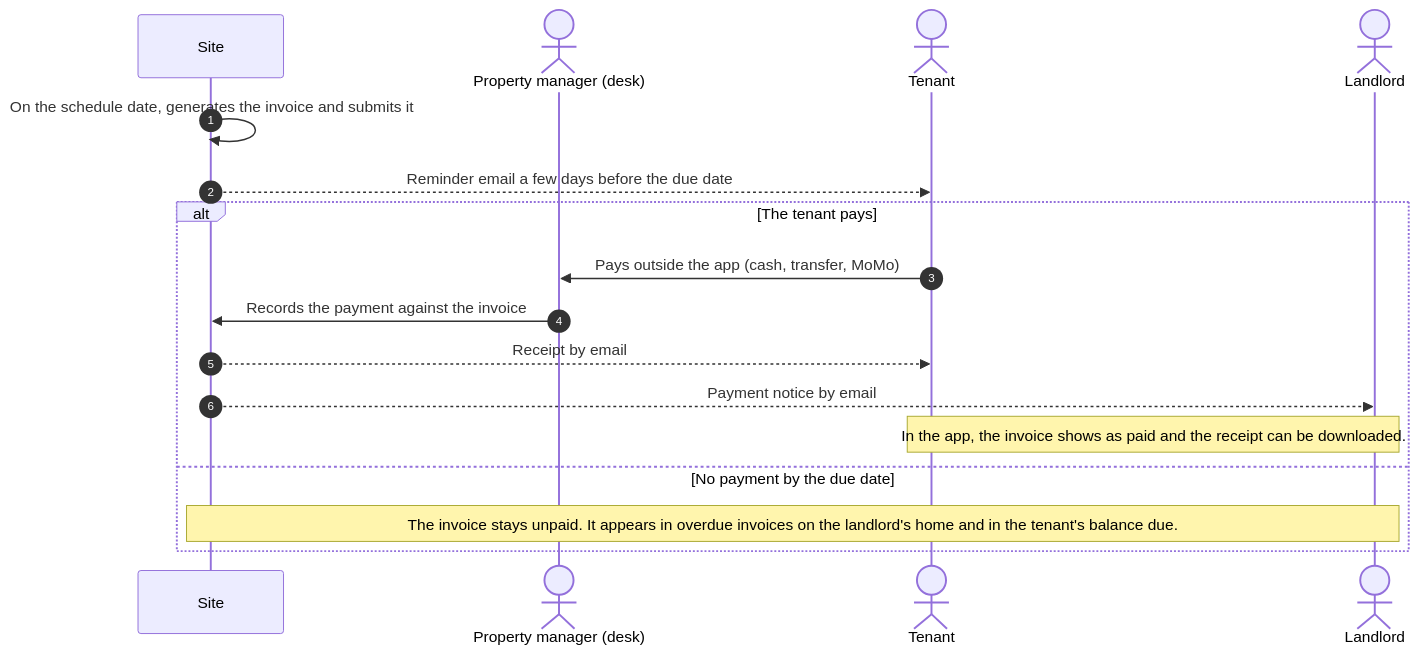
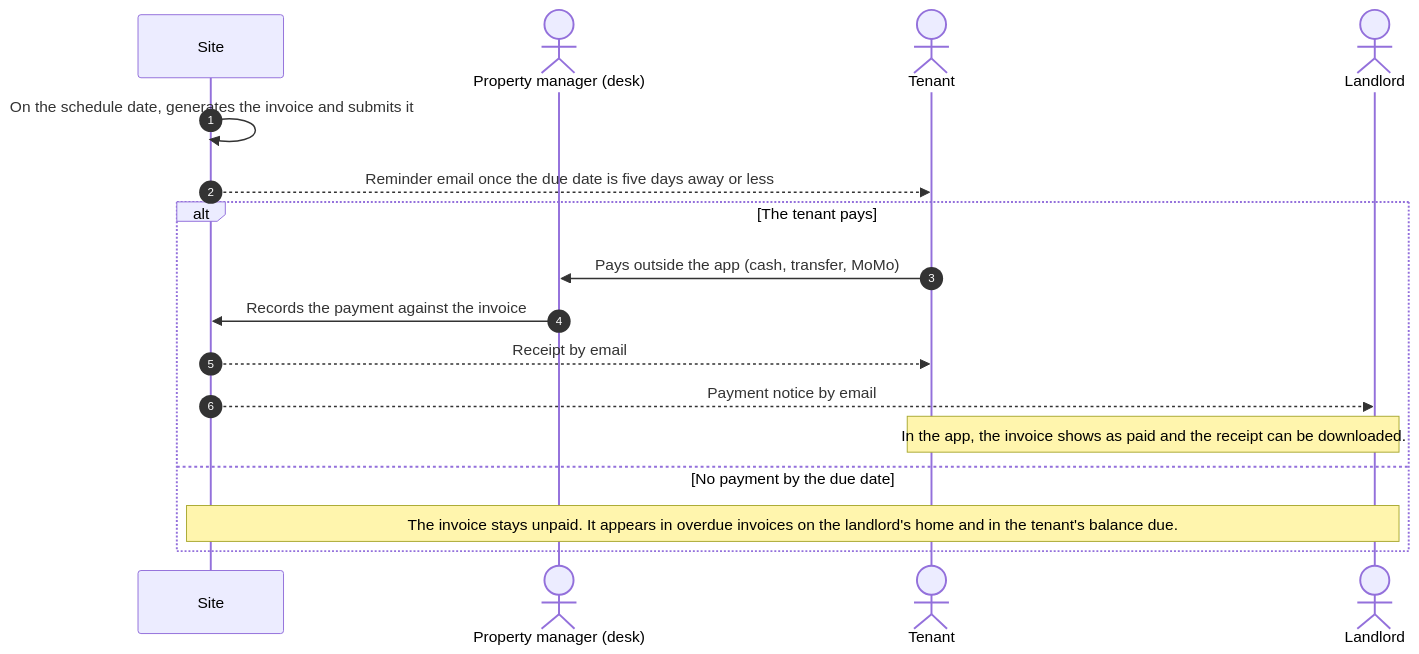
Before and after one commit to skyengpro/skyeng_immo: the third of 7 diagrams in doc/app-usage-flows-immo.md, drawn with Mermaid. The commit also changed other lines of this file and 11 other files, not shown here.

````diff
--- a/doc/app-usage-flows-immo.md
+++ b/doc/app-usage-flows-immo.md
@@ -97,20 +97,20 @@
 ```mermaid
 sequenceDiagram
     autonumber
     participant D as Site
     actor G as Property manager (desk)
     actor L as Tenant
     actor B as Landlord
 
     D->>D: On the schedule date, generates the invoice and submits it
-    D-->>L: Reminder email a few days before the due date
+    D-->>L: Reminder email once the due date is five days away or less
     alt The tenant pays
         L->>G: Pays outside the app (cash, transfer, MoMo)
         G->>D: Records the payment against the invoice
         D-->>L: Receipt by email
         D-->>B: Payment notice by email
         Note over L,B: In the app, the invoice shows as paid and the receipt can be downloaded.
     else No payment by the due date
         Note over D,B: The invoice stays unpaid. It appears in overdue invoices on the landlord's home and in the tenant's balance due.
     end
 ```
````
